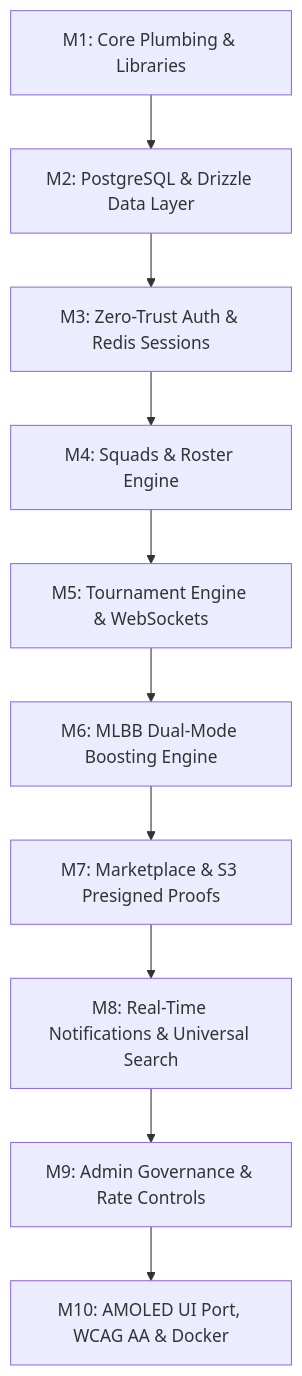
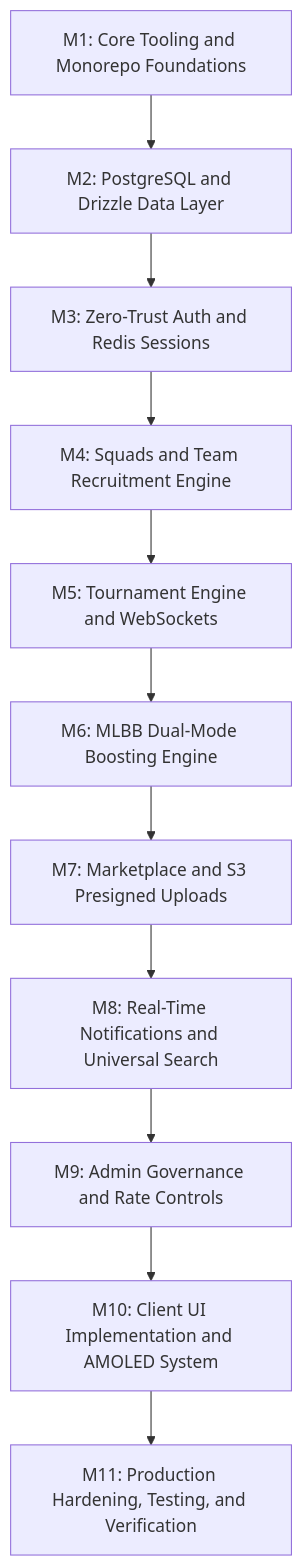
Before and after one commit to hrutavmodha/smex-store: the diagram in docs/roadmap.md, drawn with Mermaid. The commit also changed other lines of this file, not shown here.

Commit message:
Expand roadmap

````diff
--- a/docs/roadmap.md
+++ b/docs/roadmap.md
@@ -33,12 +31,13 @@
 ```mermaid
 flowchart TD
-    M1["M1: Core Plumbing & Libraries"] --> M2["M2: PostgreSQL & Drizzle Data Layer"]
-    M2 --> M3["M3: Zero-Trust Auth & Redis Sessions"]
-    M3 --> M4["M4: Squads & Roster Engine"]
-    M4 --> M5["M5: Tournament Engine & WebSockets"]
+    M1["M1: Core Tooling and Monorepo Foundations"] --> M2["M2: PostgreSQL and Drizzle Data Layer"]
+    M2 --> M3["M3: Zero-Trust Auth and Redis Sessions"]
+    M3 --> M4["M4: Squads and Team Recruitment Engine"]
+    M4 --> M5["M5: Tournament Engine and WebSockets"]
     M5 --> M6["M6: MLBB Dual-Mode Boosting Engine"]
-    M6 --> M7["M7: Marketplace & S3 Presigned Proofs"]
-    M7 --> M8["M8: Real-Time Notifications & Universal Search"]
-    M8 --> M9["M9: Admin Governance & Rate Controls"]
-    M9 --> M10["M10: AMOLED UI Port, WCAG AA & Docker"]
+    M6 --> M7["M7: Marketplace and S3 Presigned Uploads"]
+    M7 --> M8["M8: Real-Time Notifications and Universal Search"]
+    M8 --> M9["M9: Admin Governance and Rate Controls"]
+    M9 --> M10["M10: Client UI Implementation and AMOLED System"]
+    M10 --> M11["M11: Production Hardening, Testing, and Verification"]
 ```
````
